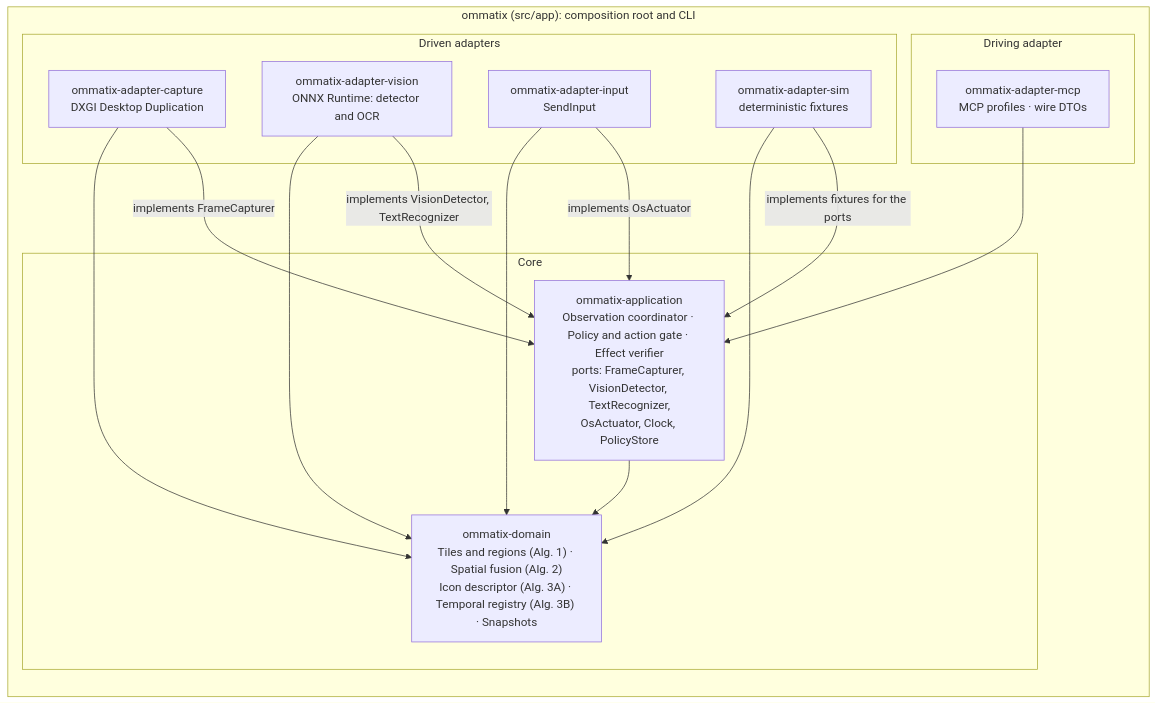
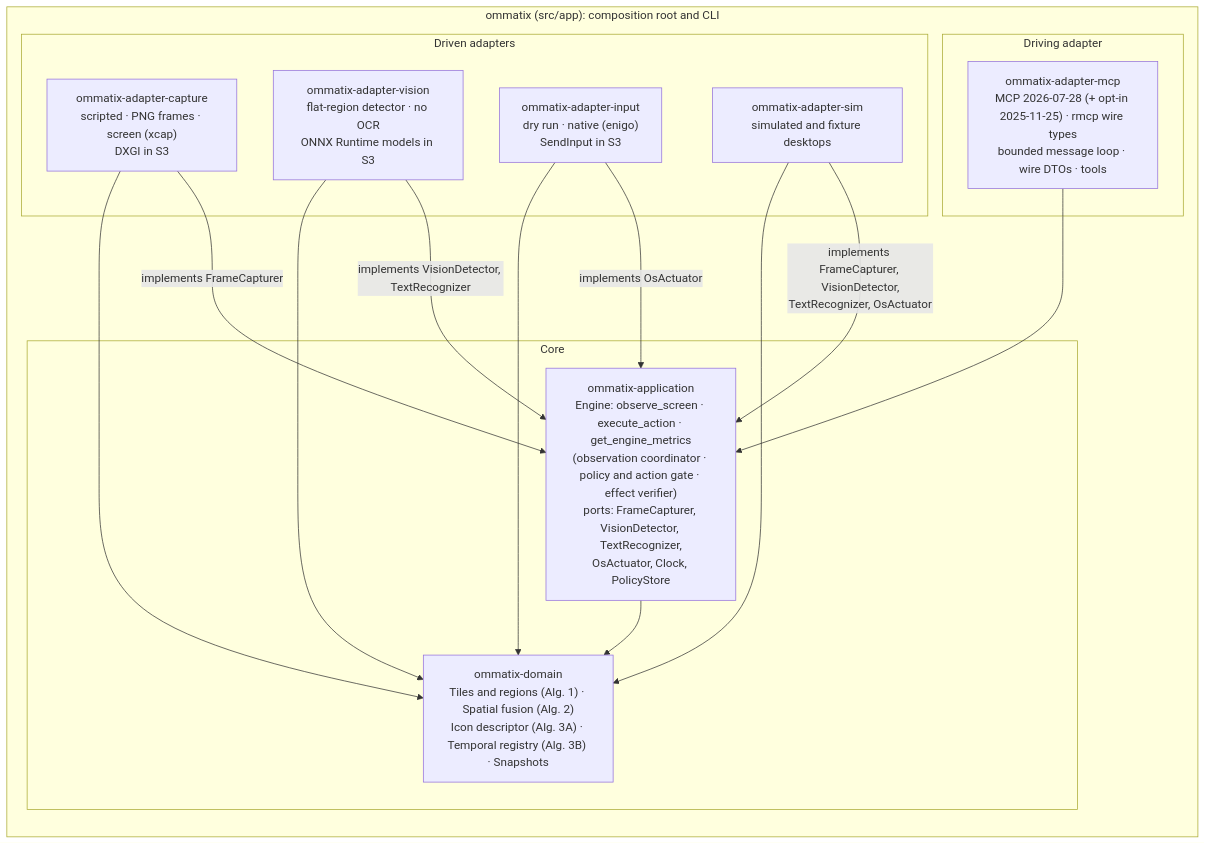
The diagram in docs/diagrams/hexagon.md (Yosoyepa/Ommatix), drawn with Mermaid before and after one commit. The commit also changed other lines of this file and 8 other files, not shown here.

First line of the commit message:
docs: record S2b in the README, overview, diagrams, AGENTS and handoff

````diff
--- a/docs/diagrams/hexagon.md
+++ b/docs/diagrams/hexagon.md
@@ -8,29 +8,29 @@
 ```mermaid
 flowchart TB
     subgraph app["ommatix (src/app): composition root and CLI"]
       direction TB
       subgraph driving["Driving adapter"]
-        mcp["ommatix-adapter-mcp<br/>MCP profiles · wire DTOs"]
+        mcp["ommatix-adapter-mcp<br/>MCP 2026-07-28 (+ opt-in 2025-11-25) · rmcp wire types<br/>bounded message loop · wire DTOs · tools"]
       end
       subgraph core["Core"]
-        appl["ommatix-application<br/>Observation coordinator · Policy and action gate · Effect verifier<br/>ports: FrameCapturer, VisionDetector, TextRecognizer,<br/>OsActuator, Clock, PolicyStore"]
+        appl["ommatix-application<br/>Engine: observe_screen · execute_action · get_engine_metrics<br/>(observation coordinator · policy and action gate · effect verifier)<br/>ports: FrameCapturer, VisionDetector, TextRecognizer,<br/>OsActuator, Clock, PolicyStore"]
         dom["ommatix-domain<br/>Tiles and regions (Alg. 1) · Spatial fusion (Alg. 2)<br/>Icon descriptor (Alg. 3A) · Temporal registry (Alg. 3B) · Snapshots"]
       end
       subgraph driven["Driven adapters"]
-        cap["ommatix-adapter-capture<br/>DXGI Desktop Duplication"]
-        vis["ommatix-adapter-vision<br/>ONNX Runtime: detector and OCR"]
-        inp["ommatix-adapter-input<br/>SendInput"]
-        sim["ommatix-adapter-sim<br/>deterministic fixtures"]
+        cap["ommatix-adapter-capture<br/>scripted · PNG frames · screen (xcap)<br/>DXGI in S3"]
+        vis["ommatix-adapter-vision<br/>flat-region detector · no OCR<br/>ONNX Runtime models in S3"]
+        inp["ommatix-adapter-input<br/>dry run · native (enigo)<br/>SendInput in S3"]
+        sim["ommatix-adapter-sim<br/>simulated and fixture desktops"]
       end
     end
     mcp --> appl
     appl --> dom
     cap -->|implements FrameCapturer| appl
     vis -->|implements VisionDetector, TextRecognizer| appl
     inp -->|implements OsActuator| appl
-    sim -->|implements fixtures for the ports| appl
+    sim -->|implements FrameCapturer, VisionDetector,<br/>TextRecognizer, OsActuator| appl
     cap --> dom
     vis --> dom
     inp --> dom
     sim --> dom
 ```
````
